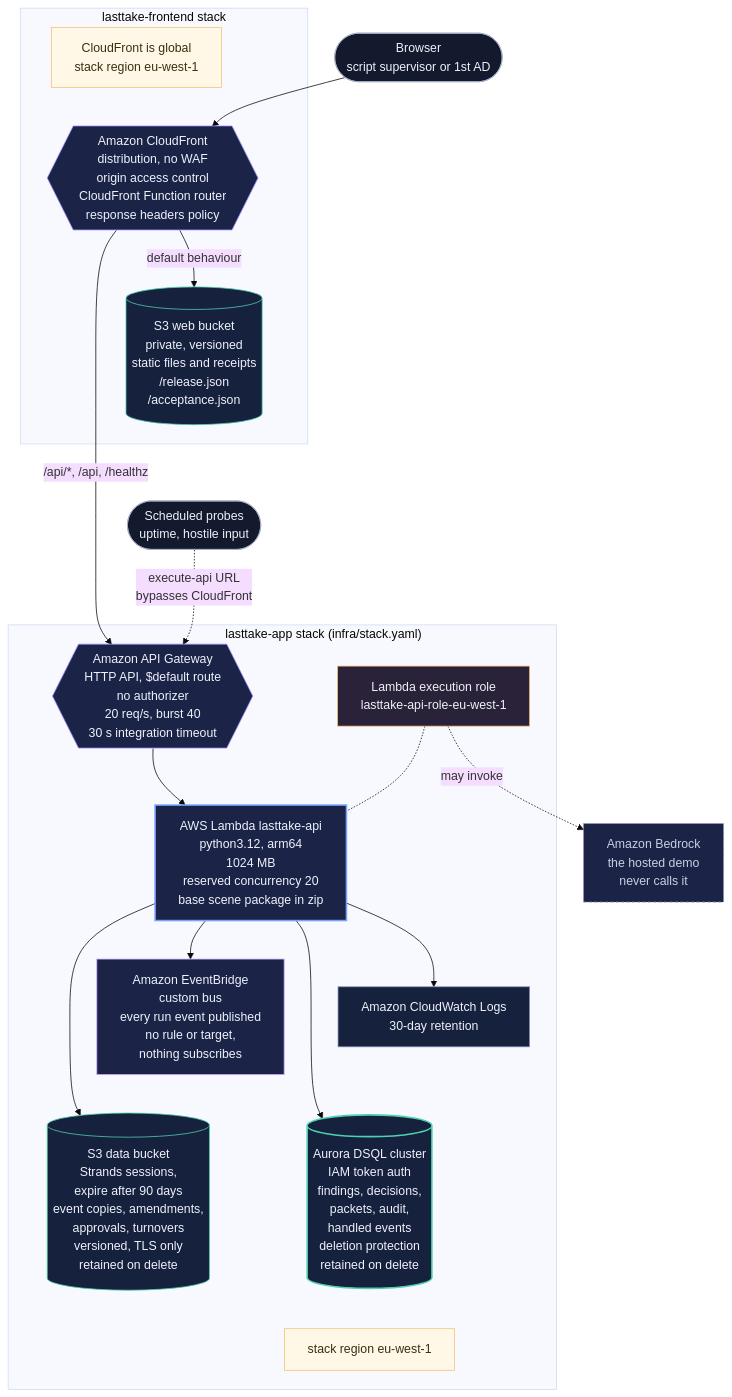
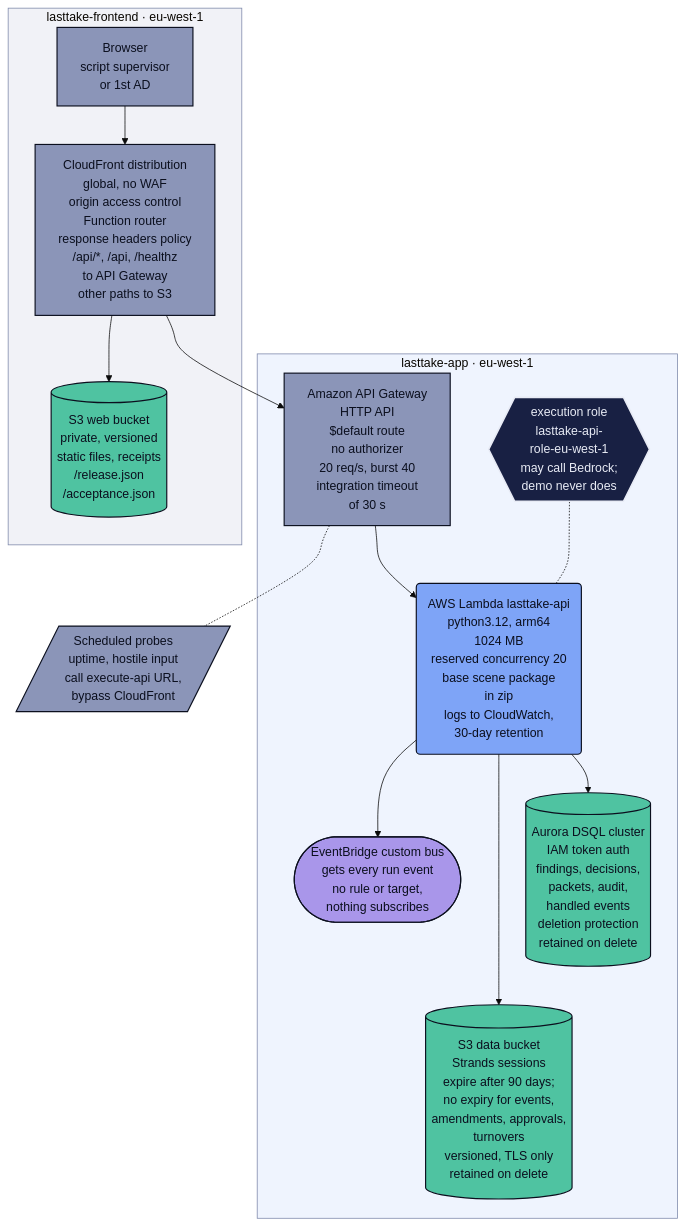
The first of 2 diagrams in docs/infrastructure.md (upgradedev/lasttake-aws), drawn with Mermaid (base theme) before and after one commit. The commit also changed other lines of this file and 6 other files, not shown here.

````diff
--- a/docs/infrastructure.md
+++ b/docs/infrastructure.md
@@ -14,64 +14,46 @@
 ```mermaid
 flowchart TB
-  U(["Browser<br/>script supervisor or 1st AD"])
-  P(["Scheduled probes<br/>uptime, hostile input"])
+    subgraph BE["lasttake-app · eu-west-1"]
+        api["Amazon API Gateway<br/>HTTP API<br/>$default route<br/>no authorizer<br/>20 req/s, burst 40<br/>integration timeout<br/>of 30 s"]
+        role{{"execution role<br/>lasttake-api-<br/>role-eu-west-1<br/>may call Bedrock;<br/>demo never does"}}
+        fn("AWS Lambda lasttake-api<br/>python3.12, arm64<br/>1024 MB<br/>reserved concurrency 20<br/>base scene package<br/>in zip<br/>logs to CloudWatch,<br/>30-day retention")
+        bus(["EventBridge custom bus<br/>gets every run event<br/>no rule or target,<br/>nothing subscribes"])
+        data[("S3 data bucket<br/>Strands sessions<br/>expire after 90 days;<br/>no expiry for events,<br/>amendments, approvals,<br/>turnovers<br/>versioned, TLS only<br/>retained on delete")]
+        dsql[("Aurora DSQL cluster<br/>IAM token auth<br/>findings, decisions,<br/>packets, audit,<br/>handled events<br/>deletion protection<br/>retained on delete")]
+    end
+    subgraph FE["lasttake-frontend · eu-west-1"]
+        browser["Browser<br/>script supervisor<br/>or 1st AD"]
+        cf["CloudFront distribution<br/>global, no WAF<br/>origin access control<br/>Function router<br/>response headers policy<br/>/api/*, /api, /healthz<br/>to API Gateway<br/>other paths to S3"]
+        web[("S3 web bucket<br/>private, versioned<br/>static files, receipts<br/>/release.json<br/>/acceptance.json")]
+    end
+    probes[/"Scheduled probes<br/>uptime, hostile input<br/>call execute-api URL,<br/>bypass CloudFront"/]
+    browser --> cf
+    cf --> web
+    cf --> api
+    api -.- probes
+    api --> fn
+    role -.- fn
+    fn --> bus
+    fn ---> data
+    fn --> dsql
 
-  subgraph FE["lasttake-frontend stack"]
-    FEN["CloudFront is global<br/>stack region eu-west-1"]
-    CF{{"Amazon CloudFront<br/>distribution, no WAF<br/>origin access control<br/>CloudFront Function router<br/>response headers policy"}}
-    WEB[("S3 web bucket<br/>private, versioned<br/>static files and receipts<br/>/release.json<br/>/acceptance.json")]
-  end
-
-  subgraph BE["#160;#160;#160;#160;#160;#160;#160;#160;#160;#160;#160;#160;#160;#160;#160;#160;#160;#160;#160;#160;#160;#160;#160;#160;lasttake-app stack (infra/stack.yaml)"]
-    ROLE["Lambda execution role<br/>lasttake-api-role-eu-west-1"]
-    API{{"Amazon API Gateway<br/>HTTP API, $default route<br/>no authorizer<br/>20 req/s, burst 40<br/>30 s integration timeout"}}
-    FN["AWS Lambda lasttake-api<br/>python3.12, arm64<br/>1024 MB<br/>reserved concurrency 20<br/>base scene package in zip"]
-    EB["Amazon EventBridge<br/>custom bus<br/>every run event published<br/>no rule or target,<br/>nothing subscribes"]
-    LOG["Amazon CloudWatch Logs<br/>30-day retention"]
-    DATA[("S3 data bucket<br/>Strands sessions,<br/>expire after 90 days<br/>event copies, amendments,<br/>approvals, turnovers<br/>versioned, TLS only<br/>retained on delete")]
-    DB[("Aurora DSQL cluster<br/>IAM token auth<br/>findings, decisions,<br/>packets, audit,<br/>handled events<br/>deletion protection<br/>retained on delete")]
-    BEN["stack region eu-west-1"]
-  end
-
-  BR["Amazon Bedrock<br/>the hosted demo<br/>never calls it"]
-
-  FEN ~~~ CF
-  WEB ~~~ P
-  U --> CF
-  CF -->|"default behaviour"| WEB
-  CF -->|"/api/*, /api, /healthz"| API
-  P -.->|"execute-api URL<br/>bypasses CloudFront"| API
-  API --> FN
-  ROLE -.- FN
-  FN --> EB
-  FN --> LOG
-  FN --> DATA
-  FN --> DB
-  ROLE -.->|"may invoke"| BR
-  EB ~~~ DATA
-  LOG ~~~ DB
-  DB ~~~ BEN
-
-  class CF,API edge
-  class FN compute
-  class WEB,DATA storage
-  class DB store
-  class EB integration
-  class LOG observe
-  class BR ml
-  class ROLE identity
-  class U,P actor
-  class FEN,BEN note
-
-%% palette: placeholder
-classDef actor fill:#141a2e,stroke:#aab2c8,color:#eef1fa
-classDef store fill:#16213d,stroke:#4fd1b0,stroke-width:2px,color:#eef1fa
-classDef storage fill:#16213d,stroke:#4fd1b0,color:#eef1fa
-classDef integration fill:#1b2447,stroke:#c7a6ff,color:#eef1fa
-classDef edge fill:#1b2447,stroke:#9b8cff,color:#eef1fa
-classDef compute fill:#1b2447,stroke:#7aa2ff,stroke-width:2px,color:#eef1fa
-classDef observe fill:#16213d,stroke:#8b96b8,color:#eef1fa
-classDef ml fill:#1b2447,stroke:#8b96b8,stroke-dasharray:4 3,color:#c8cfe3
-classDef identity fill:#2a2238,stroke:#f0c275,color:#eef1fa
-classDef note fill:#fff8e6,stroke:#f0c275,color:#3b2f12
+    %% LastTake palette: role colour fill, navy ink pinned, so node text reads the same in GitHub light and dark
+    classDef surface fill:#8b95b8,stroke:#0b0f1e,stroke-width:1.5px,color:#0b0f1e
+    classDef agent fill:#7ea4f7,stroke:#0b0f1e,stroke-width:1.5px,color:#0b0f1e
+    classDef store fill:#4fc3a1,stroke:#0b0f1e,stroke-width:1.5px,color:#0b0f1e
+    classDef event fill:#a996ea,stroke:#0b0f1e,stroke-width:1.5px,color:#0b0f1e
+    classDef rule fill:#182043,stroke:#e8ebf5,stroke-width:2px,color:#e8ebf5
+    classDef optional fill:#182043,stroke:#7ea4f7,stroke-width:1.5px,stroke-dasharray:5 4,color:#aab2c8
+    %% human is reserved for a human decision node; none appears in this block
+    classDef human fill:#f0c275,stroke:#0b0f1e,stroke-width:2px,color:#0b0f1e
+    classDef laneFront fill:#8b95b81f,stroke:#7d88aa,stroke-width:1px
+    classDef laneBack fill:#7ea4f71f,stroke:#7d88aa,stroke-width:1px
+    classDef laneCi fill:#7d88aa1a,stroke:#7d88aa,stroke-width:1px,stroke-dasharray:6 4
+    class browser,cf,api,probes surface
+    class fn agent
+    class web,data,dsql store
+    class bus event
+    class role rule
+    class FE laneFront
+    class BE laneBack
 ```
````
